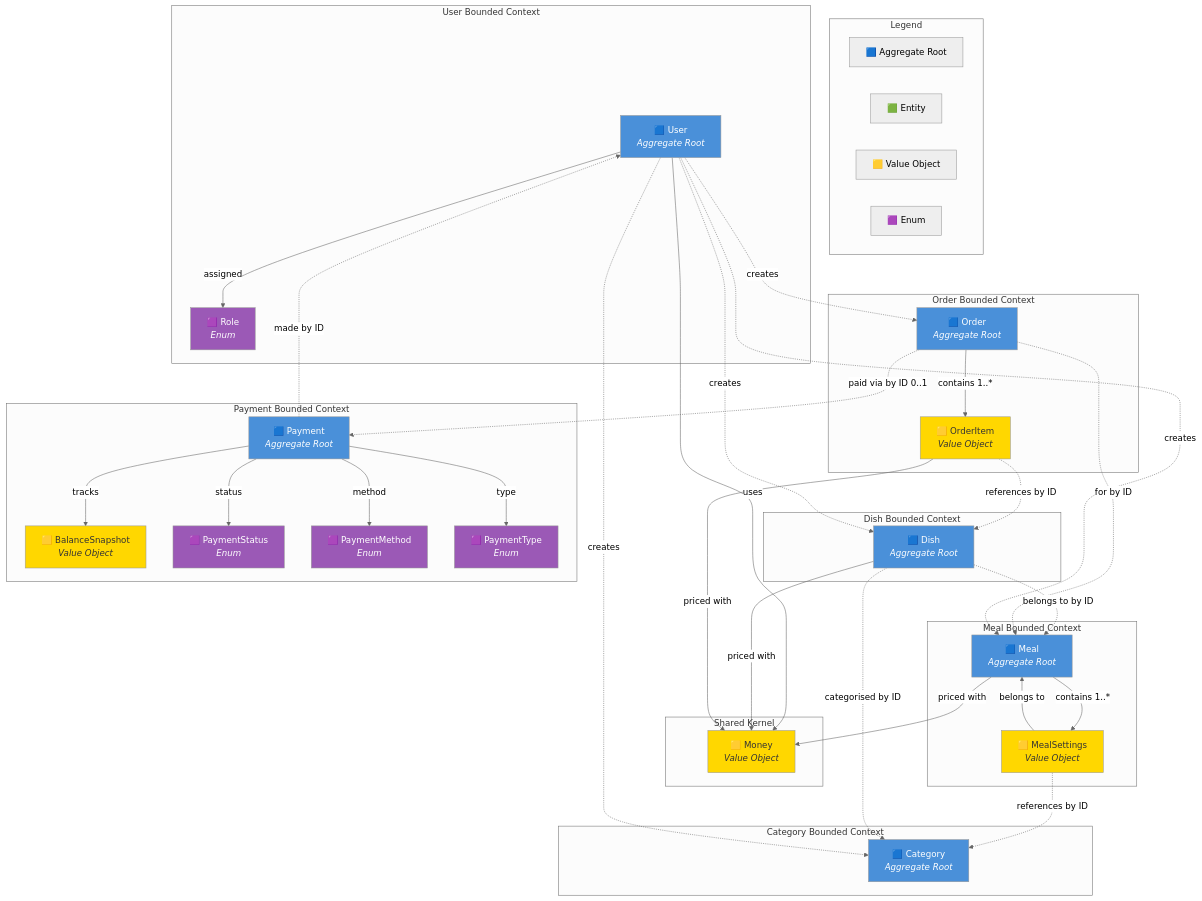
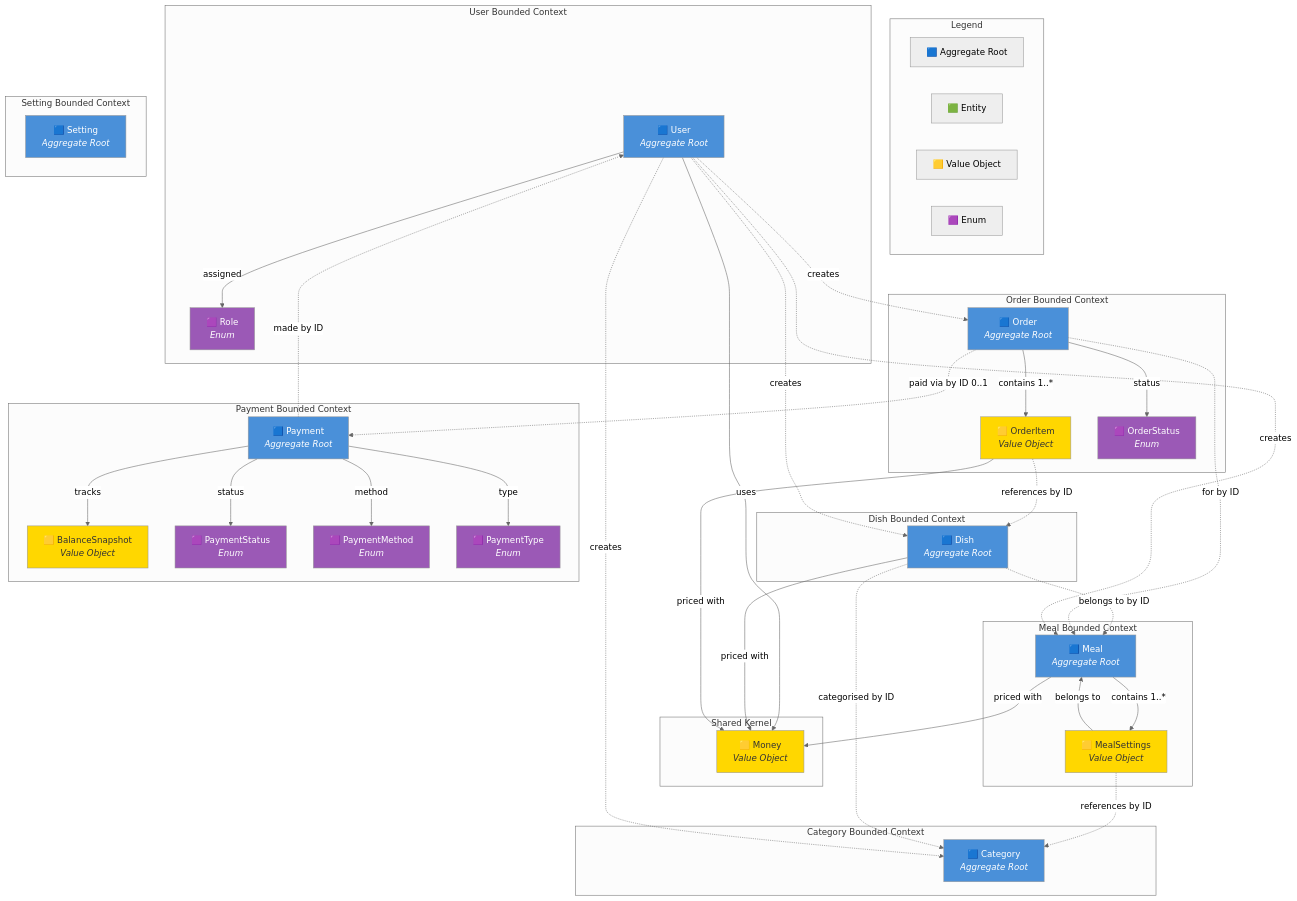
One commit to TieHung23/SmartCanteen changed the diagram in AI/conceptual_diagram.md. Above: the diagram before and after it, drawn with Mermaid (neutral theme). The commit also changed other lines of this file and 13 other files, not shown here.

Commit message:
feat: implement Setting aggregate, introduce OrderStatus enum, and add availability fields to Meal aggregate

```diff
--- a/AI/conceptual_diagram.md
+++ b/AI/conceptual_diagram.md
@@ -37,6 +37,11 @@
     subgraph Order Bounded Context
         ORDER["🟦 Order<br/><i>Aggregate Root</i>"]
         OITEM["🟨 OrderItem<br/><i>Value Object</i>"]
+        OSTATUS["🟪 OrderStatus<br/><i>Enum</i>"]
+    end
+
+    subgraph Setting Bounded Context
+        SETTING["🟦 Setting<br/><i>Aggregate Root</i>"]
     end
 
     subgraph Payment Bounded Context
@@ -63,6 +68,7 @@
 
     ORDER -. "for by ID" .-> MEAL
     ORDER -- "contains 1..*" --> OITEM
+    ORDER -- "status" --> OSTATUS
     ORDER -. "paid via by ID 0..1" .-> PAYMENT
     OITEM -. "references by ID" .-> DISH
     OITEM -- "priced with" --> MONEY
@@ -84,11 +90,13 @@
     style ORDER fill:#4A90D9,color:#fff
     style PAYMENT fill:#4A90D9,color:#fff
     style CATEGORY fill:#4A90D9,color:#fff
+    style SETTING fill:#4A90D9,color:#fff
     style MONEY fill:#FFD700,color:#333
     style MSETTINGS fill:#FFD700,color:#333
     style OITEM fill:#FFD700,color:#333
     style BSNAPSHOT fill:#FFD700,color:#333
     style ROLE fill:#9B59B6,color:#fff
+    style OSTATUS fill:#9B59B6,color:#fff
     style PSTATUS fill:#9B59B6,color:#fff
     style PMETHOD fill:#9B59B6,color:#fff
     style PTYPE fill:#9B59B6,color:#fff
```
